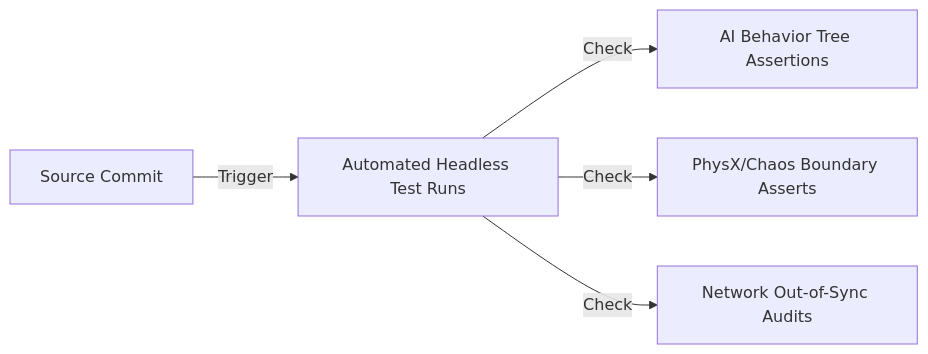
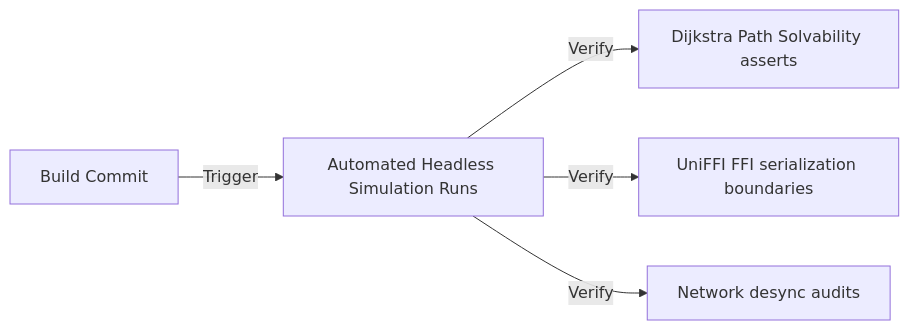
The diagram in design/qa_test_plan.md (Hyperion-Corporation/Project-Mobile-Fortress), drawn with Mermaid before and after one commit. The commit also changed other lines of this file and 9 other files, not shown here.

````diff
--- a/design/qa_test_plan.md
+++ b/design/qa_test_plan.md
@@ -10,7 +10,7 @@
 ```mermaid
 graph LR
-    A[Source Commit] -->|Trigger| B[Automated Headless Test Runs]
-    B -->|Check| C[AI Behavior Tree Assertions]
-    B -->|Check| D[PhysX/Chaos Boundary Asserts]
-    B -->|Check| E[Network Out-of-Sync Audits]
+    A[Build Commit] -->|Trigger| B[Automated Headless Simulation Runs]
+    B -->|Verify| C[Dijkstra Path Solvability asserts]
+    B -->|Verify| D[UniFFI FFI serialization boundaries]
+    B -->|Verify| E[Network desync audits]
 ```
````
